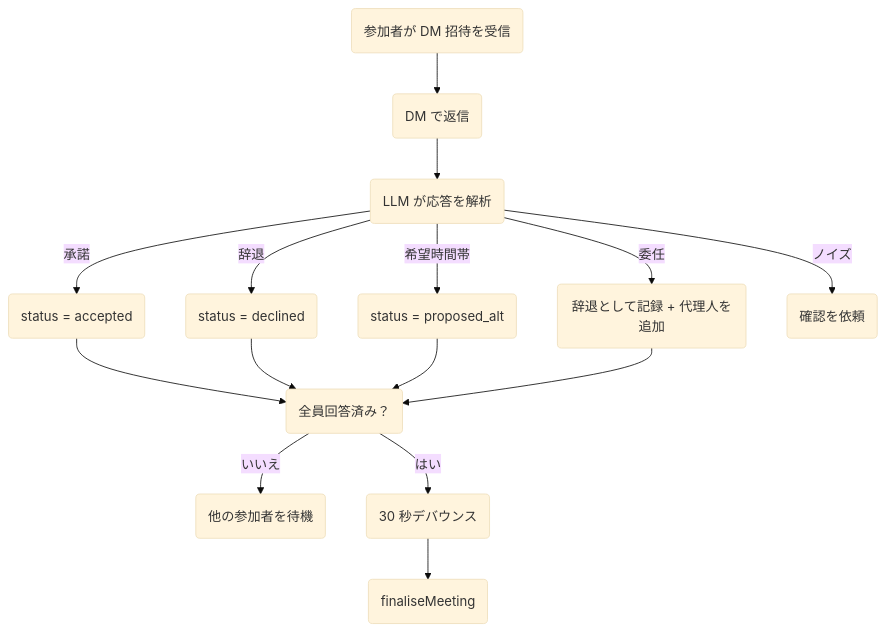
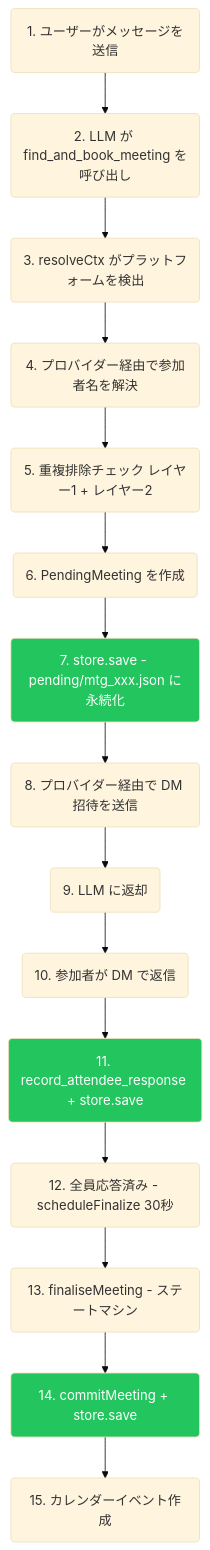
One commit to javana3/claw_meeting_all changed the ninth of 13 diagrams in README.ja.md. Above: the diagram before and after it, drawn with Mermaid (base theme). The commit also changed other lines of this file and 4 other files, not shown here.

First line of the commit message:
docs: rewrite all 5 READMEs with detailed Plugin/Skill flow + diff

````diff
--- a/README.ja.md
+++ b/README.ja.md
@@ -133,19 +290,22 @@
 ```mermaid
 graph TD
-    A(参加者が DM 招待を受信) --> B(DM で返信)
-    B --> C(LLM が応答を解析)
-    C -->|承諾| D(status = accepted)
-    C -->|辞退| E(status = declined)
-    C -->|希望時間帯| F(status = proposed_alt)
-    C -->|委任| G(辞退として記録 + 代理人を追加)
-    C -->|ノイズ| H(確認を依頼)
+    A(1. ユーザーがメッセージを送信) --> B(2. LLM が find_and_book_meeting を呼び出し)
+    B --> C(3. resolveCtx がプラットフォームを検出)
+    C --> D(4. プロバイダー経由で参加者名を解決)
+    D --> E(5. 重複排除チェック レイヤー1 + レイヤー2)
+    E --> F(6. PendingMeeting を作成)
+    F --> G(7. store.save - pending/mtg_xxx.json に永続化)
+    G --> H(8. プロバイダー経由で DM 招待を送信)
+    H --> I(9. LLM に返却)
 
-    D --> I(全員回答済み？)
-    E --> I
-    F --> I
-    G --> I
+    I --> J(10. 参加者が DM で返信)
+    J --> K(11. record_attendee_response + store.save)
+    K --> L(12. 全員応答済み - scheduleFinalize 30秒)
+    L --> M(13. finaliseMeeting - ステートマシン)
+    M --> N(14. commitMeeting + store.save)
+    N --> O(15. カレンダーイベント作成)
 
-    I -->|いいえ| J(他の参加者を待機)
-    I -->|はい| K(30 秒デバウンス)
-    K --> L(finaliseMeeting)
+    style G fill:#22c55e,color:#fff
+    style K fill:#22c55e,color:#fff
+    style N fill:#22c55e,color:#fff
 ```
````
